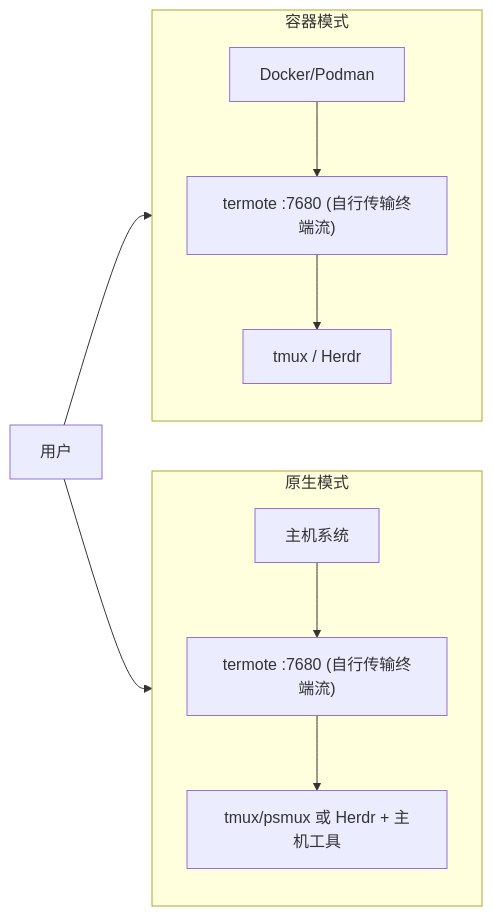
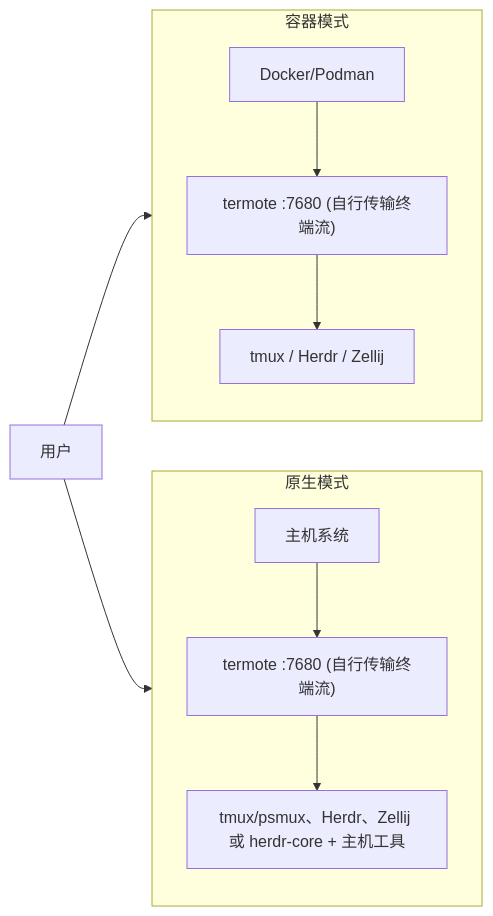
One commit to lamngockhuong/termote changed the second of 2 diagrams in README.zh-CN.md. Above: the diagram before and after it, drawn with Mermaid. The commit also changed other lines of this file and 14 other files, not shown here.

````diff
--- a/README.zh-CN.md
+++ b/README.zh-CN.md
@@ -250,14 +256,14 @@
 ```mermaid
 flowchart LR
     subgraph Container["容器模式"]
         direction TB
-        C1["Docker/Podman"] --> C2["termote :7680 (自行传输终端流)"] --> C3["tmux / Herdr"]
+        C1["Docker/Podman"] --> C2["termote :7680 (自行传输终端流)"] --> C3["tmux / Herdr / Zellij"]
     end
 
     subgraph Native["原生模式"]
         direction TB
-        N1["主机系统"] --> N2["termote :7680 (自行传输终端流)"] --> N3["tmux/psmux 或 Herdr + 主机工具"]
+        N1["主机系统"] --> N2["termote :7680 (自行传输终端流)"] --> N3["tmux/psmux、Herdr、Zellij 或 herdr-core + 主机工具"]
     end
 
     User["用户"] --> Container & Native
 ```
````
